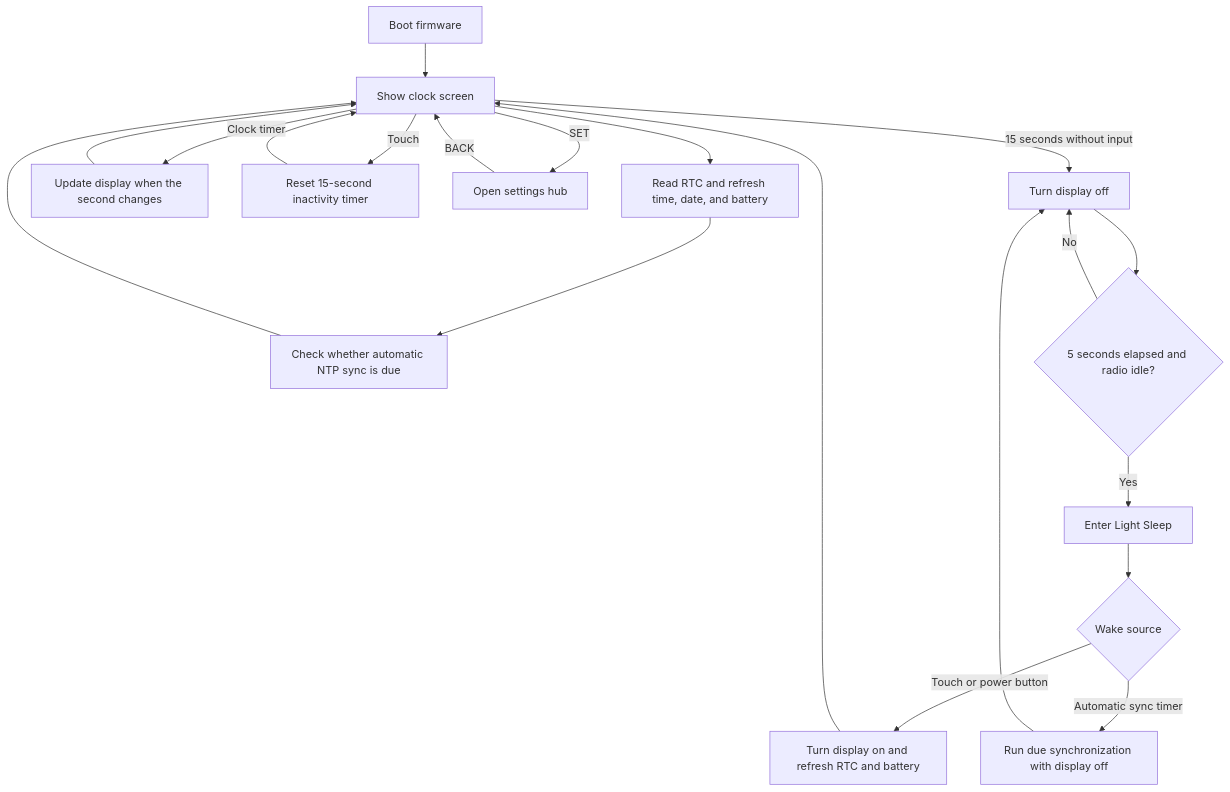
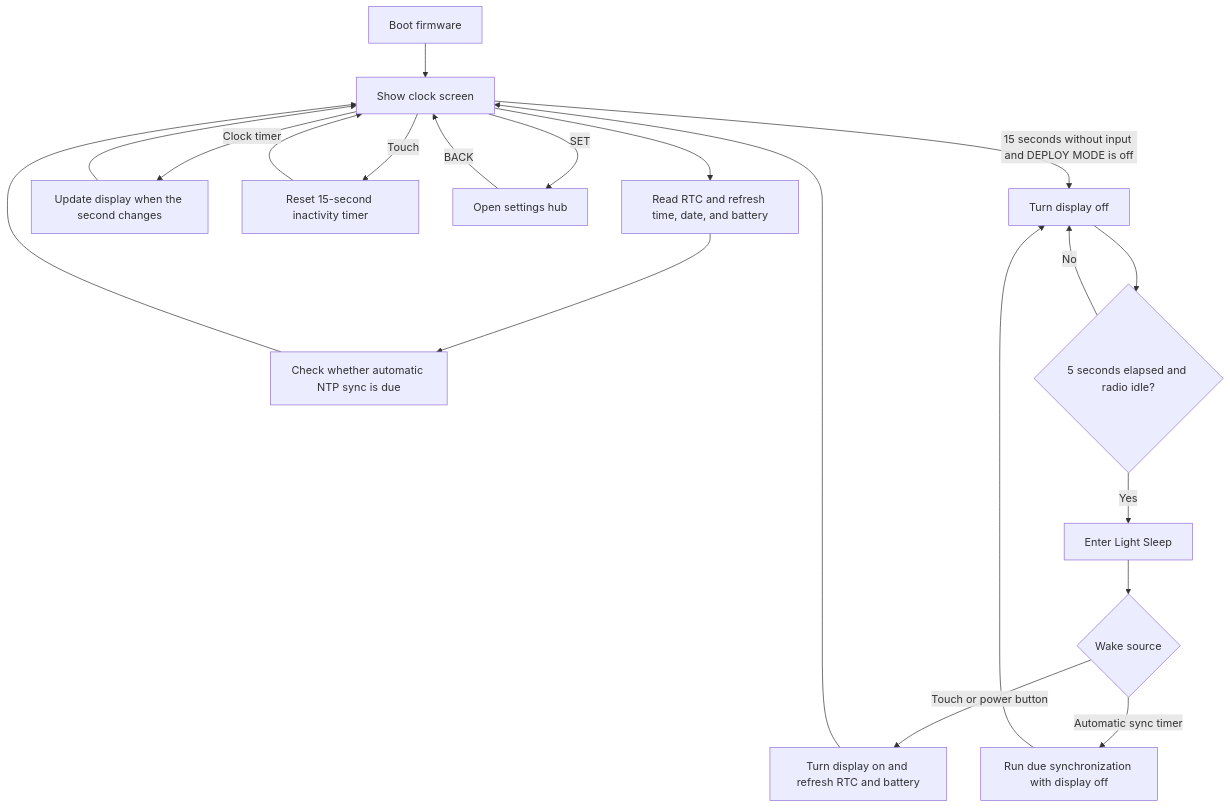
Before and after one commit to keach/LilyGoLib-PlatformIO: the first of 6 diagrams in README.md, drawn with Mermaid. The commit also changed other lines of this file and 1 other file, not shown here.

Commit message:
Add deploy mode and group connectivity settings

````diff
--- a/README.md
+++ b/README.md
@@ -145,24 +146,24 @@
 ```mermaid
 flowchart TD
     BOOT["Boot firmware"] --> CLOCK["Show clock screen"]
     CLOCK --> REFRESH["Read RTC and refresh time, date, and battery"]
     REFRESH --> DUE["Check whether automatic NTP sync is due"]
     DUE --> CLOCK
 
     CLOCK -- "Clock timer" --> TICK["Update display when the second changes"]
     TICK --> CLOCK
     CLOCK -- "Touch" --> ACTIVE["Reset 15-second inactivity timer"]
     ACTIVE --> CLOCK
     CLOCK -- "SET" --> HUB["Open settings hub"]
     HUB -- "BACK" --> CLOCK
 
-    CLOCK -- "15 seconds without input" --> OFF["Turn display off"]
+    CLOCK -- "15 seconds without input and DEPLOY MODE is off" --> OFF["Turn display off"]
     OFF --> READY{"5 seconds elapsed and radio idle?"}
     READY -- "No" --> OFF
     READY -- "Yes" --> SLEEP["Enter Light Sleep"]
     SLEEP --> WAKE{"Wake source"}
     WAKE -- "Touch or power button" --> RESTORE["Turn display on and refresh RTC and battery"]
     RESTORE --> CLOCK
     WAKE -- "Automatic sync timer" --> BG["Run due synchronization with display off"]
     BG --> OFF
 ```
````
